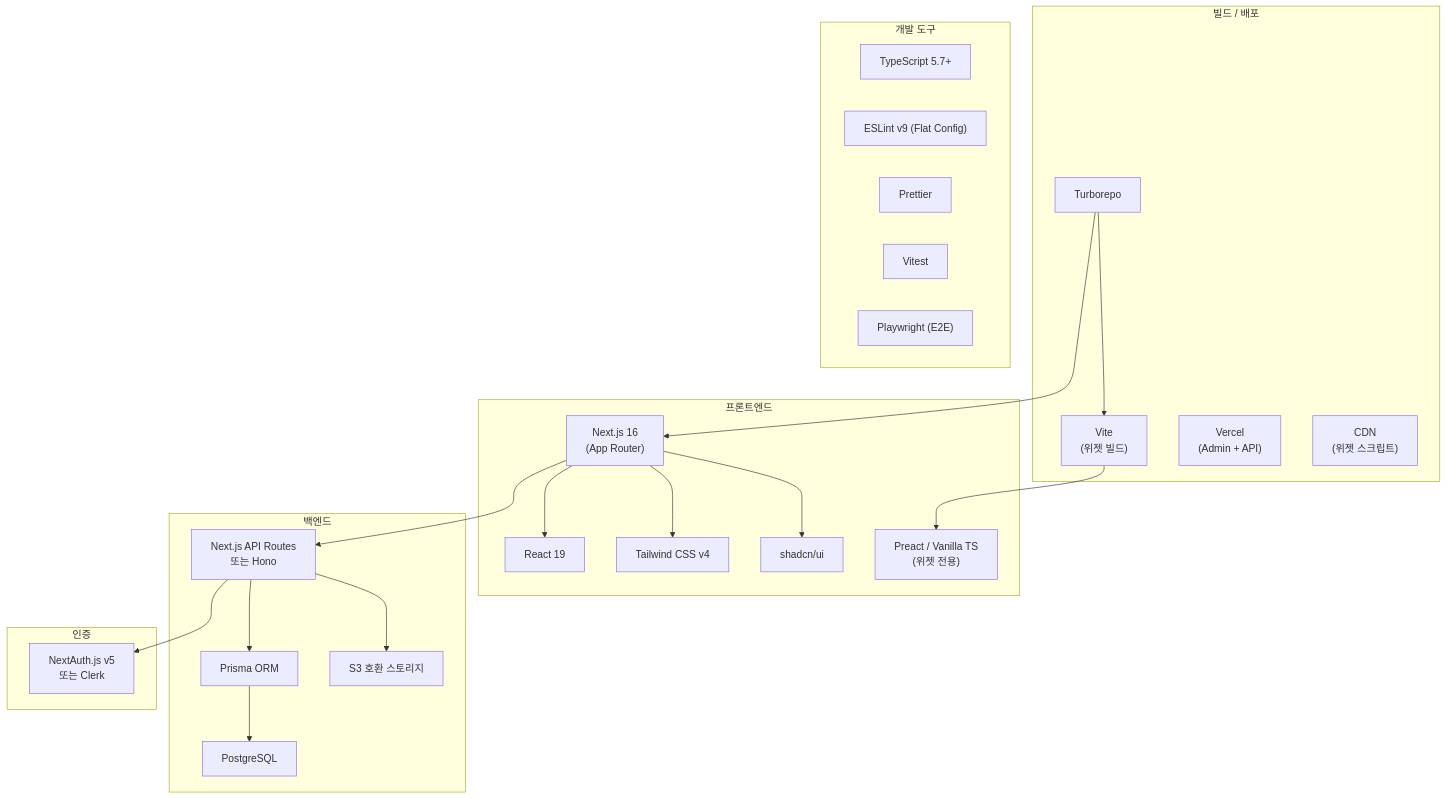
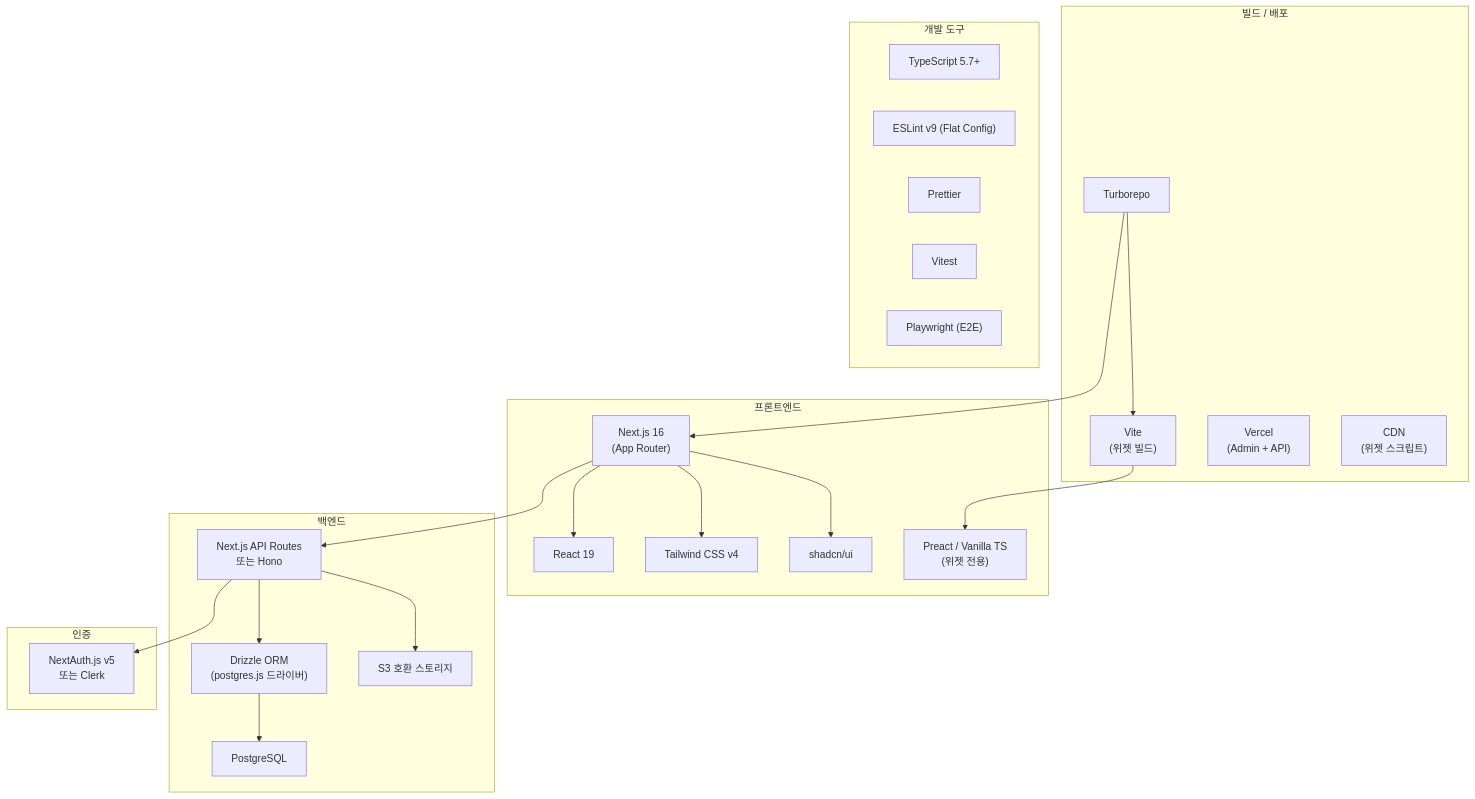
Before and after one commit to skeeper75/widget.creator: the diagram in .moai/project/tech.md, drawn with Mermaid. The commit also changed other lines of this file and 5 other files, not shown here.

````diff
--- a/.moai/project/tech.md
+++ b/.moai/project/tech.md
@@ -5,48 +5,48 @@
 ```mermaid
 graph TB
     subgraph "프론트엔드"
         NEXTJS["Next.js 16<br/>(App Router)"]
         REACT["React 19"]
         TAILWIND["Tailwind CSS v4"]
         SHADCN["shadcn/ui"]
         PREACT["Preact / Vanilla TS<br/>(위젯 전용)"]
     end
 
     subgraph "백엔드"
         API_ROUTES["Next.js API Routes<br/>또는 Hono"]
-        PRISMA["Prisma ORM"]
+        DRIZZLE["Drizzle ORM<br/>(postgres.js 드라이버)"]
         POSTGRES["PostgreSQL"]
         S3_STORAGE["S3 호환 스토리지"]
     end
 
     subgraph "인증"
         NEXTAUTH["NextAuth.js v5<br/>또는 Clerk"]
     end
 
     subgraph "빌드 / 배포"
         TURBOREPO["Turborepo"]
         VITE["Vite<br/>(위젯 빌드)"]
         VERCEL["Vercel<br/>(Admin + API)"]
         CDN["CDN<br/>(위젯 스크립트)"]
     end
 
     subgraph "개발 도구"
         TS["TypeScript 5.7+"]
         ESLINT["ESLint v9 (Flat Config)"]
         PRETTIER["Prettier"]
         VITEST["Vitest"]
         PLAYWRIGHT["Playwright (E2E)"]
     end
 
     NEXTJS --> REACT
     NEXTJS --> TAILWIND
     NEXTJS --> SHADCN
     NEXTJS --> API_ROUTES
-    API_ROUTES --> PRISMA
-    PRISMA --> POSTGRES
+    API_ROUTES --> DRIZZLE
+    DRIZZLE --> POSTGRES
     API_ROUTES --> S3_STORAGE
     API_ROUTES --> NEXTAUTH
     TURBOREPO --> NEXTJS
     TURBOREPO --> VITE
     VITE --> PREACT
 ```
````
